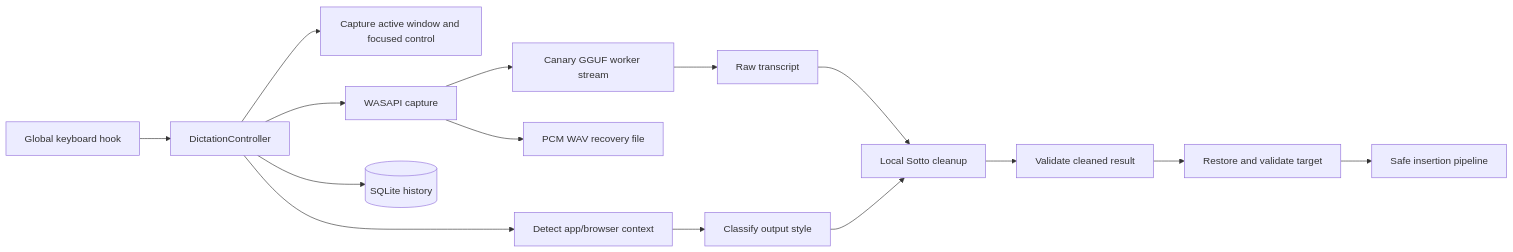
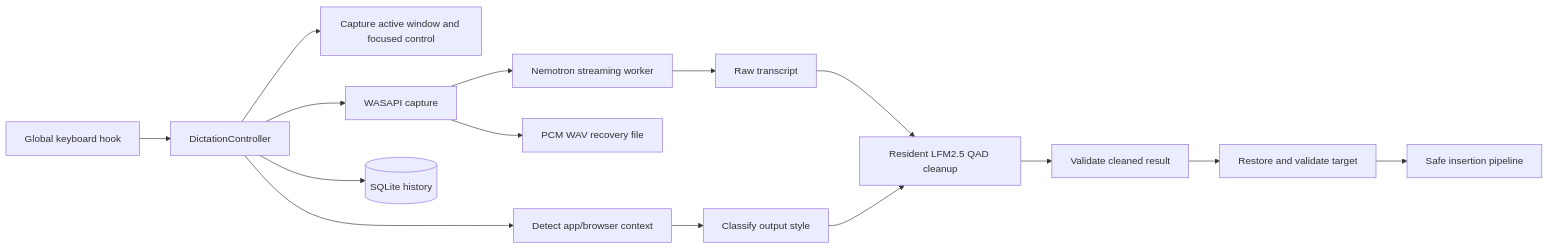
The diagram in docs/architecture.md (kpsr01/flow_local), drawn with Mermaid before and after one commit. The commit also changed other lines of this file and 20 other files, not shown here.

````diff
--- a/docs/architecture.md
+++ b/docs/architecture.md
@@ -15,17 +15,17 @@
 ```mermaid
 flowchart LR
   K[Global keyboard hook] --> C[DictationController]
   C --> T[Capture active window and focused control]
   C --> X[Detect app/browser context]
   X --> S[Classify output style]
   C --> A[WASAPI capture]
   A --> W[PCM WAV recovery file]
-  A --> N[Canary GGUF worker stream]
+  A --> N[Nemotron streaming worker]
   N --> R[Raw transcript]
-  R --> L[Local Sotto cleanup]
+  R --> L[Resident LFM2.5 QAD cleanup]
   S --> L
   L --> V[Validate cleaned result]
   V --> I[Restore and validate target]
   I --> P[Safe insertion pipeline]
   C --> D[(SQLite history)]
 ```
````
